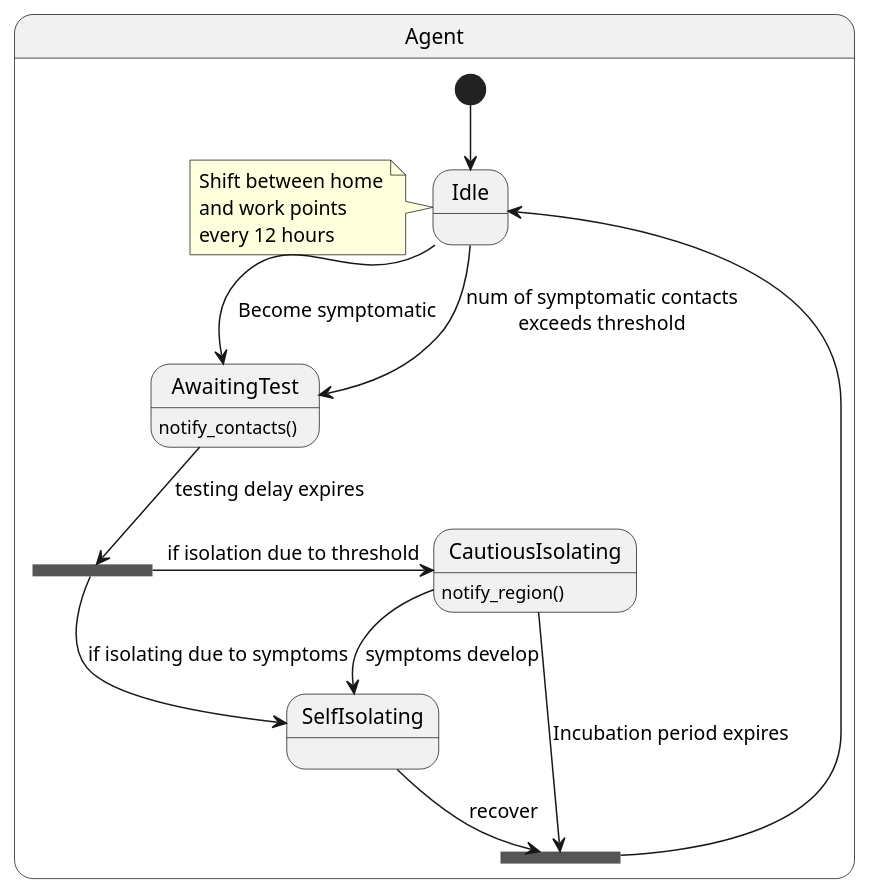
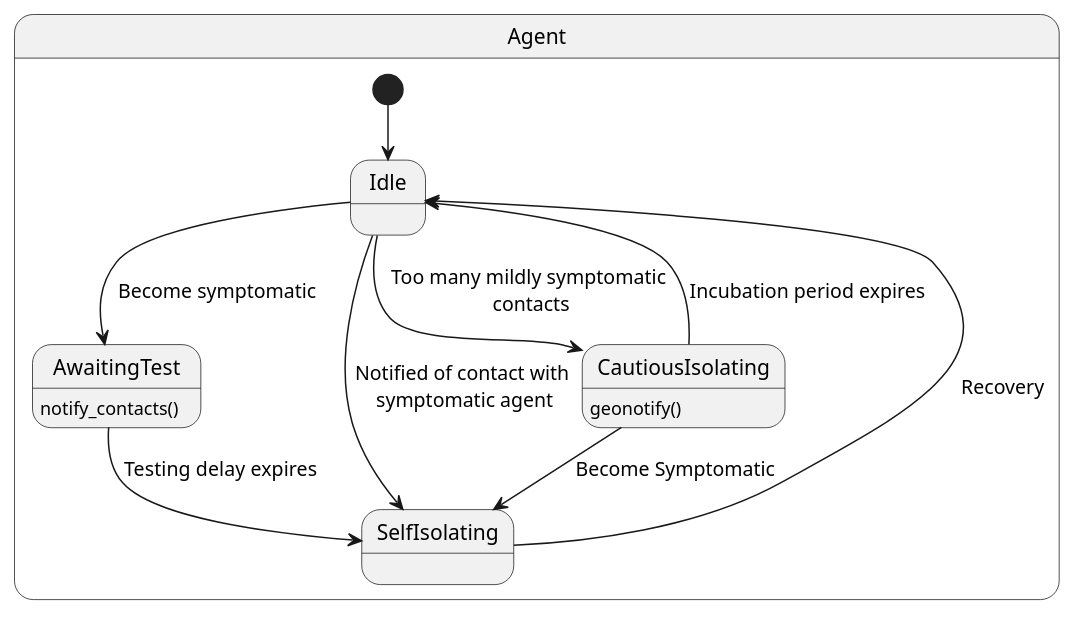
Before and after one commit to JoshuaSFryer/multi-agent-sim: the diagram in doc/uml/src/preemptive.puml, drawn with PlantUML. The commit also changed 22 other files, not shown here.

```diff
--- a/doc/uml/src/preemptive.puml
+++ b/doc/uml/src/preemptive.puml
@@ -1,25 +1,21 @@
-@startuml Mode_4_Preemptive_Isolation
-
+@startuml Mode_D_Preemptive_Isolation
 state Agent {
-    [*] -down-> Idle
-    note left of Idle
-        Shift between home
-        and work points
-        every 12 hours
-    end note
-    Idle -down-> AwaitingTest : Become symptomatic
-    Idle -down-> AwaitingTest : num of symptomatic contacts\nexceeds threshold
-    state isolation_fork <<fork>>
+    [*] --> Idle
+    ' note right of Idle
+    '     Shift between home
+    '     and work points
+    '     every 12 hours
+    ' end note
+    Idle --> AwaitingTest : Become symptomatic
+    Idle --> SelfIsolating : Notified of contact with\n symptomatic agent
+    Idle --> CautiousIsolating : Too many mildly symptomatic\n contacts
     AwaitingTest : notify_contacts()
-    AwaitingTest -down-> isolation_fork : testing delay expires
-    isolation_fork -down-> SelfIsolating : if isolating due to symptoms
-    isolation_fork -right-> CautiousIsolating : if isolation due to threshold
-    state join_state <<join>>
-    SelfIsolating --> join_state : recover
-    CautiousIsolating --> join_state : Incubation period expires
-    CautiousIsolating --> SelfIsolating : symptoms develop
-    CautiousIsolating : notify_region()
-    join_state --> Idle
+    AwaitingTest --> SelfIsolating : Testing delay expires
+    SelfIsolating --> Idle : Recovery
+    CautiousIsolating : geonotify()
+    CautiousIsolating --> Idle : Incubation period expires
+    CautiousIsolating --> SelfIsolating : Become Symptomatic
+    
 }
 
 @enduml
```
